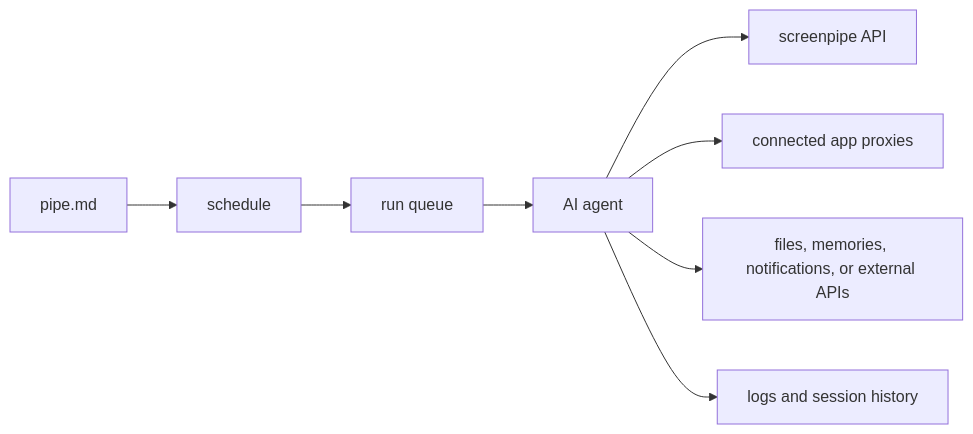
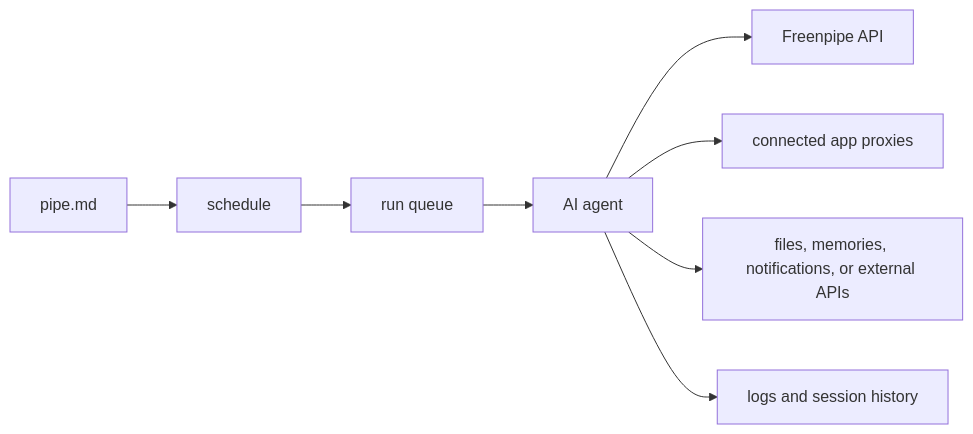
The diagram in docs/mintlify/docs-mintlify-mig-tmp/pipes.mdx (normiecore/Freenpipe), drawn with Mermaid before and after one commit. The commit also changed other lines of this file and 27 other files, not shown here.

````diff
--- a/docs/mintlify/docs-mintlify-mig-tmp/pipes.mdx
+++ b/docs/mintlify/docs-mintlify-mig-tmp/pipes.mdx
@@ -134,10 +132,10 @@
 ```mermaid
 flowchart LR
   A["pipe.md"] --> B["schedule"]
   B --> C["run queue"]
   C --> D["AI agent"]
-  D --> E["screenpipe API"]
+  D --> E["Freenpipe API"]
   D --> F["connected app proxies"]
   D --> G["files, memories, notifications, or external APIs"]
   D --> H["logs and session history"]
 ```
````
